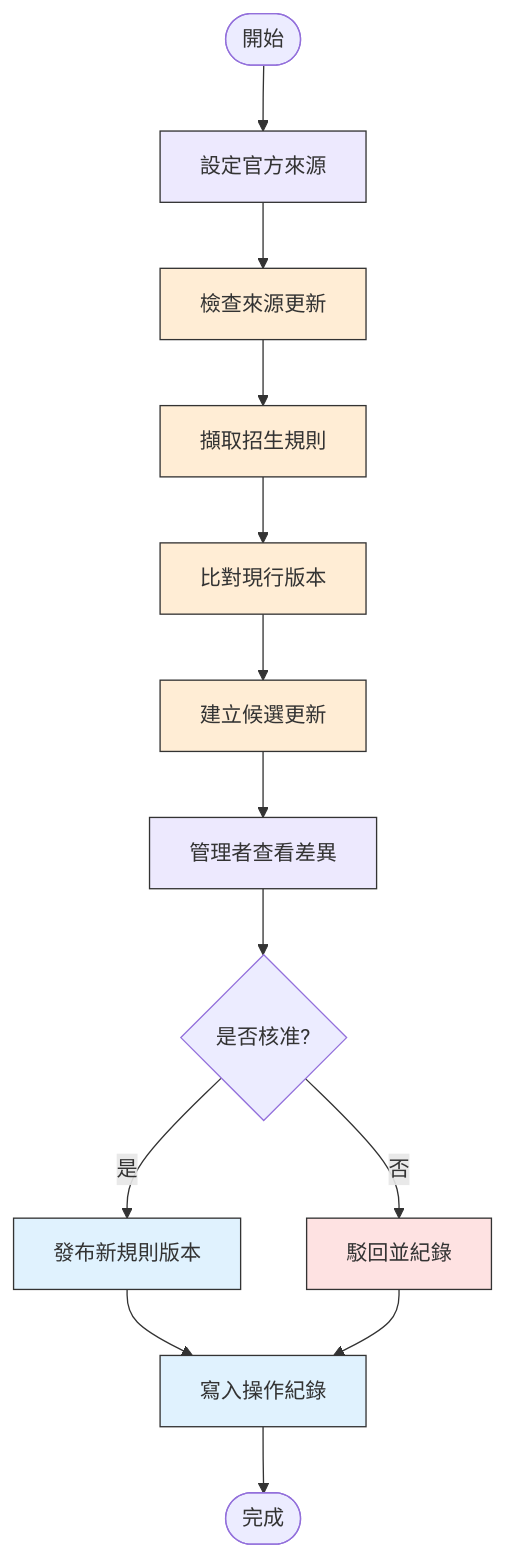
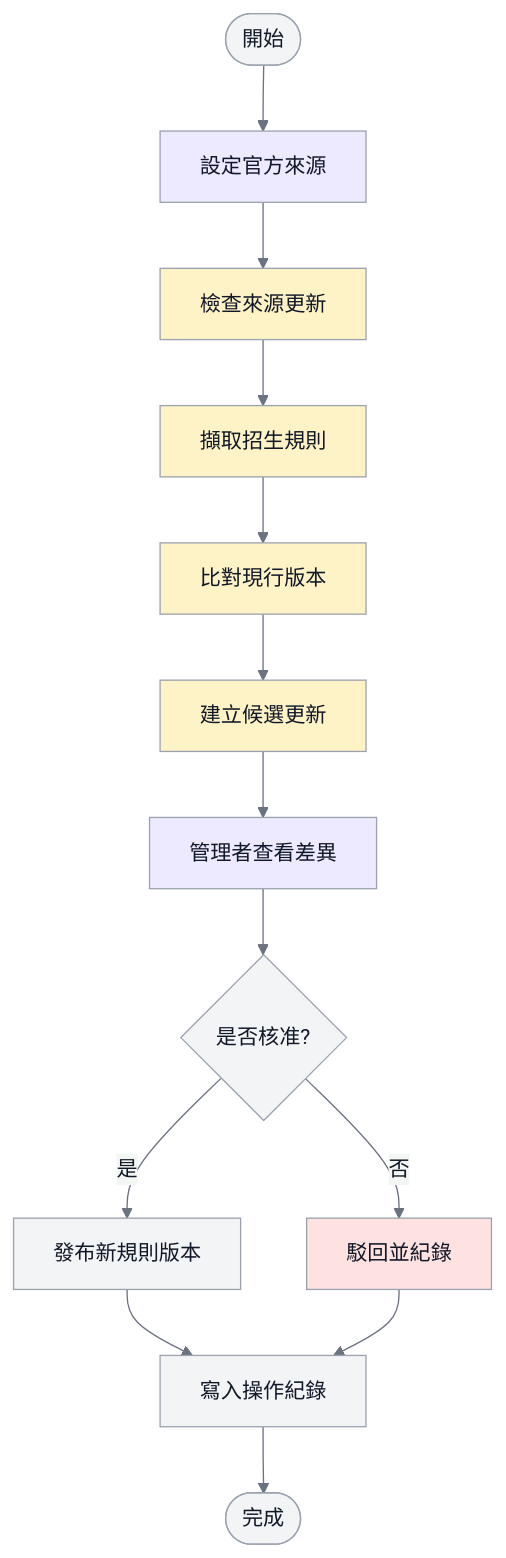
One commit to vujhdcusa/1028 changed the second of 5 diagrams in docs/01_正式規格/資管科智慧學習歷程系統-系統規格設計書-開發閱讀版.md. Above: the diagram before and after it, drawn with Mermaid. The commit also changed other lines of this file and 16 other files, not shown here.

Commit message:
docs: correct learning portfolio flow diagrams

````diff
--- a/docs/01_正式規格/資管科智慧學習歷程系統-系統規格設計書-開發閱讀版.md
+++ b/docs/01_正式規格/資管科智慧學習歷程系統-系統規格設計書-開發閱讀版.md
@@ -267,20 +266,21 @@
 ```mermaid
+%%{init: {'theme':'base','themeVariables': {'fontFamily':'Microsoft JhengHei, Noto Sans TC, Arial, sans-serif','primaryColor':'#F3F4F6','primaryTextColor':'#111827','primaryBorderColor':'#9CA3AF','lineColor':'#6B7280'}}}%%
 flowchart TD
-    classDef admin fill:#EDE9FE,stroke:#333;
-    classDef ai fill:#FFEDD5,stroke:#333;
-    classDef backend fill:#E0F2FE,stroke:#333;
-    classDef alert fill:#FEE2E2,stroke:#333;
+    classDef admin fill:#EDE9FE,stroke:#9CA3AF,color:#111827,stroke-width:1px;
+    classDef ai fill:#FEF3C7,stroke:#9CA3AF,color:#111827,stroke-width:1px;
+    classDef backend fill:#F3F4F6,stroke:#9CA3AF,color:#111827,stroke-width:1px;
+    classDef alert fill:#FEE2E2,stroke:#9CA3AF,color:#111827,stroke-width:1px;
 
     Start([開始]) --> Source[設定官方來源]:::admin
     Source --> Check[檢查來源更新]:::ai
     Check --> Extract[擷取招生規則]:::ai
     Extract --> Compare[比對現行版本]:::ai
     Compare --> Candidate[建立候選更新]:::ai
     Candidate --> Review[管理者查看差異]:::admin
     Review --> Approve{是否核准?}
     Approve -- 否 --> Reject[駁回並紀錄]:::alert
     Approve -- 是 --> Publish[發布新規則版本]:::backend
     Publish --> Log[寫入操作紀錄]:::backend
     Reject --> Log
     Log --> End([完成])
 ```
````
